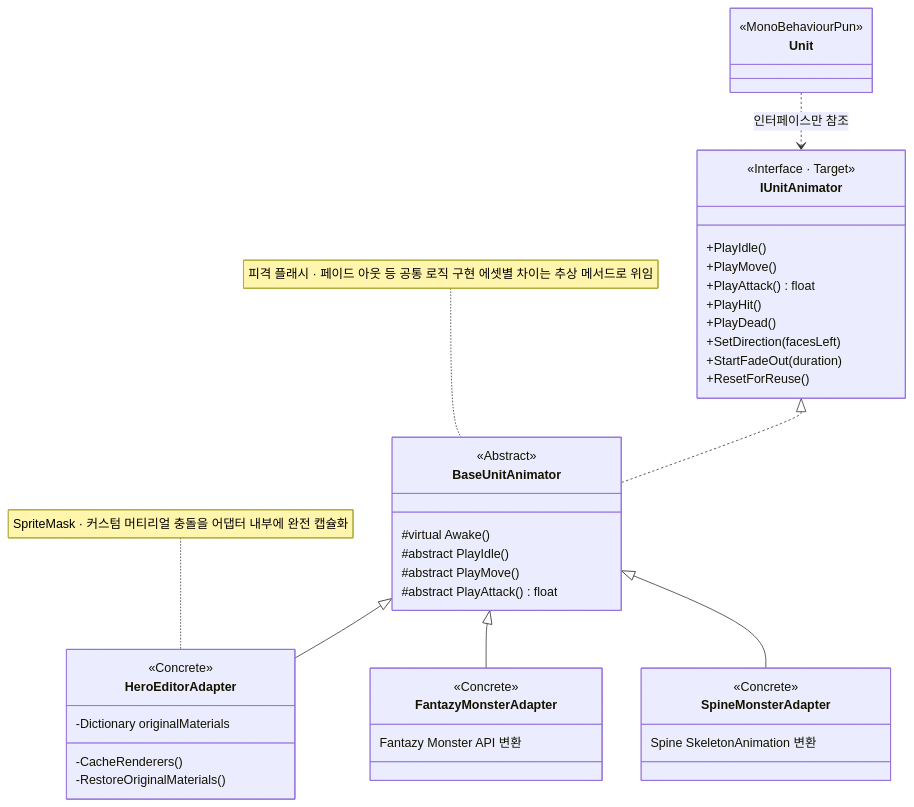
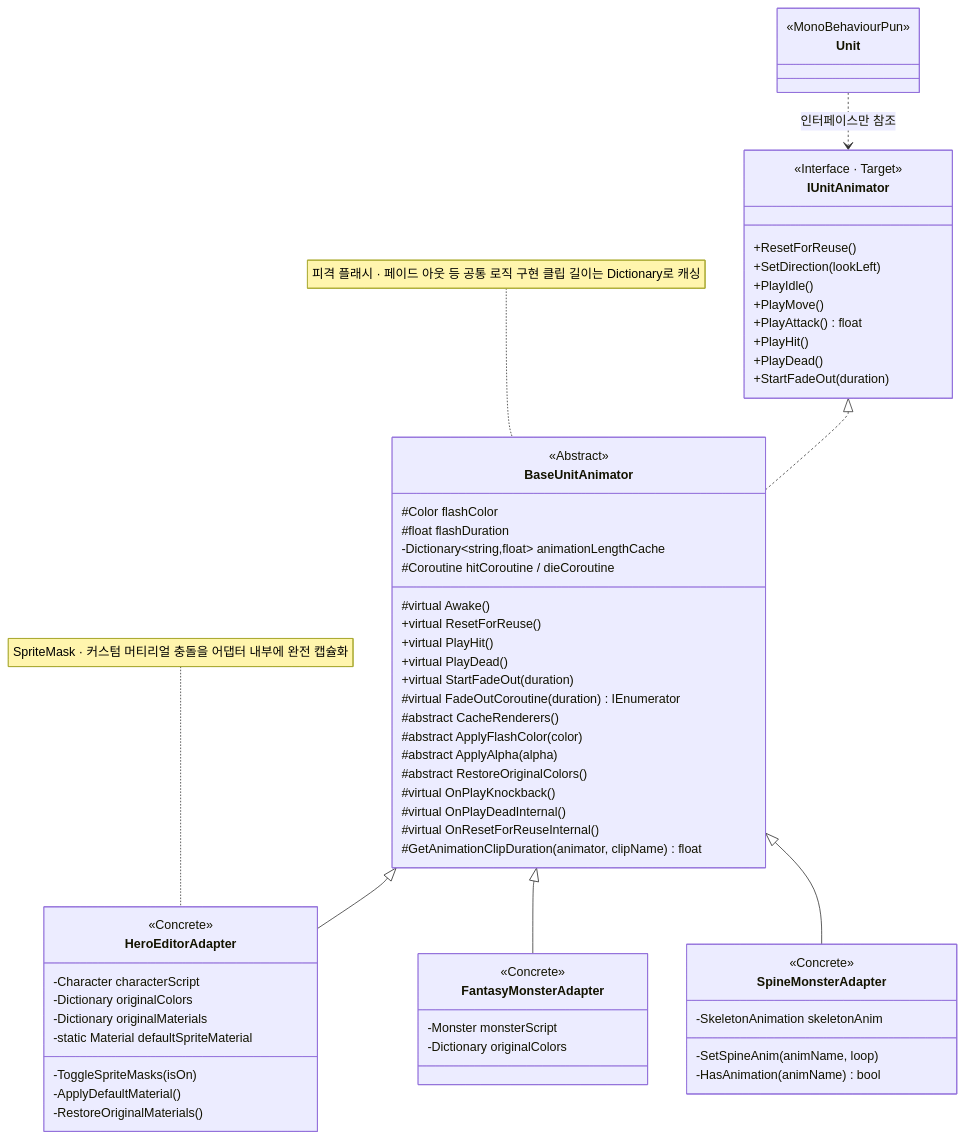
One commit to dbwoaud/ElementalWar_portfolio changed the seventh of 15 diagrams in Docs/ClassDiagram.md. Above: the diagram before and after it, drawn with Mermaid. The commit also changed other lines of this file, not shown here.

````diff
--- a/Docs/ClassDiagram.md
+++ b/Docs/ClassDiagram.md
@@ -520,51 +561,72 @@
 ```mermaid
 classDiagram
     class IUnitAnimator {
         <<Interface · Target>>
+        +ResetForReuse()
+        +SetDirection(lookLeft)
         +PlayIdle()
         +PlayMove()
         +PlayAttack() float
         +PlayHit()
         +PlayDead()
-        +SetDirection(facesLeft)
         +StartFadeOut(duration)
-        +ResetForReuse()
     }
 
     class BaseUnitAnimator {
         <<Abstract>>
+        #Color flashColor
+        #float flashDuration
+        -Dictionary~string,float~ animationLengthCache
+        #Coroutine hitCoroutine / dieCoroutine
         #virtual Awake()
-        #abstract PlayIdle()
-        #abstract PlayMove()
-        #abstract PlayAttack() float
+        +virtual ResetForReuse()
+        +virtual PlayHit()
+        +virtual PlayDead()
+        +virtual StartFadeOut(duration)
+        #virtual FadeOutCoroutine(duration) IEnumerator
+        #abstract CacheRenderers()
+        #abstract ApplyFlashColor(color)
+        #abstract ApplyAlpha(alpha)
+        #abstract RestoreOriginalColors()
+        #virtual OnPlayKnockback()
+        #virtual OnPlayDeadInternal()
+        #virtual OnResetForReuseInternal()
+        #GetAnimationClipDuration(animator, clipName) float
     }
-    note for BaseUnitAnimator "피격 플래시 · 페이드 아웃 등 공통 로직 구현 에셋별 차이는 추상 메서드로 위임" 
+    note for BaseUnitAnimator "피격 플래시 · 페이드 아웃 등 공통 로직 구현 클립 길이는 Dictionary로 캐싱"
 
     class HeroEditorAdapter {
         <<Concrete>>
+        -Character characterScript
+        -Dictionary originalColors
         -Dictionary originalMaterials
-        -CacheRenderers()
+        -static Material defaultSpriteMaterial
+        -ToggleSpriteMasks(isOn)
+        -ApplyDefaultMaterial()
         -RestoreOriginalMaterials()
     }
     note for HeroEditorAdapter "SpriteMask · 커스텀 머티리얼 충돌을 어댑터 내부에 완전 캡슐화"
 
-    class FantazyMonsterAdapter {
+    class FantasyMonsterAdapter {
         <<Concrete>>
-        Fantazy Monster API 변환
+        -Monster monsterScript
+        -Dictionary originalColors
     }
 
     class SpineMonsterAdapter {
         <<Concrete>>
-        Spine SkeletonAnimation 변환
+        -SkeletonAnimation skeletonAnim
+        -SetSpineAnim(animName, loop)
+        -HasAnimation(animName) bool
     }
 
     IUnitAnimator <|.. BaseUnitAnimator
     BaseUnitAnimator <|-- HeroEditorAdapter
-    BaseUnitAnimator <|-- FantazyMonsterAdapter
+    BaseUnitAnimator <|-- FantasyMonsterAdapter
     BaseUnitAnimator <|-- SpineMonsterAdapter
 
     class Unit {
         <<MonoBehaviourPun>>
     }
     Unit ..> IUnitAnimator : 인터페이스만 참조
 ```
````
